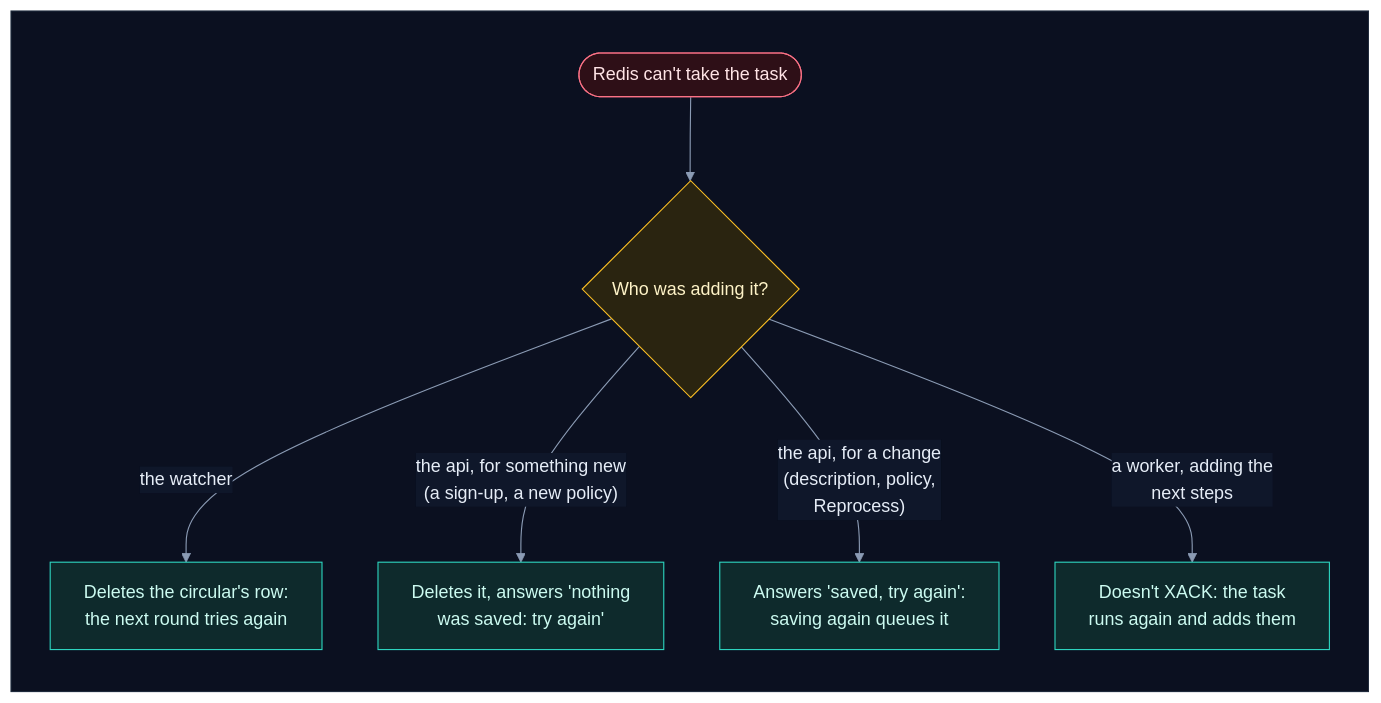
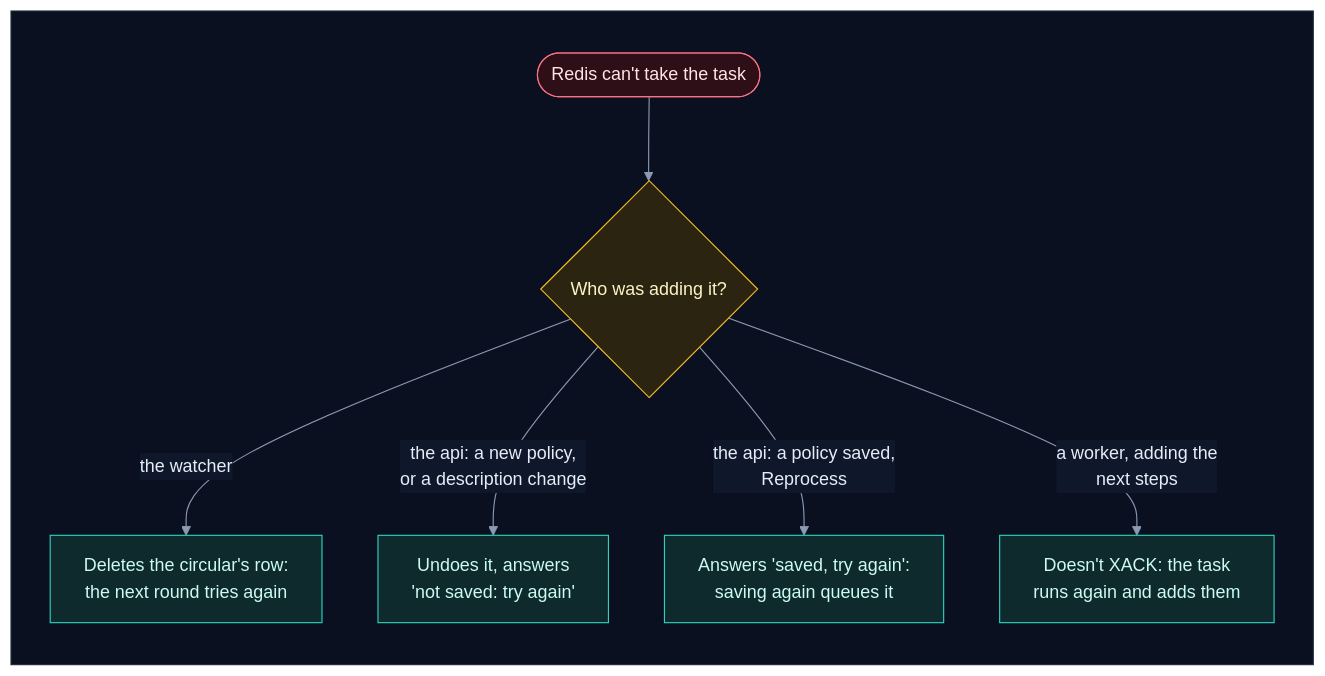
One commit to selvakumarperumal/Regulatory_Circular_Impact_Agent changed the tenth of 19 diagrams in how_the_worker_works.md. Above: the diagram before and after it, drawn with Mermaid. The commit also changed other lines of this file and 4 other files, not shown here.

First line of the commit message:
Document that only a description or policy change queues work

````diff
--- a/how_the_worker_works.md
+++ b/how_the_worker_works.md
@@ -675,26 +676,26 @@
 ```mermaid
 %%{init: {"theme": "base", "flowchart": {"diagramPadding": 0}, "themeVariables": {"darkMode": true, "primaryColor": "#16213a", "primaryTextColor": "#e6edf7", "primaryBorderColor": "#475a7a", "lineColor": "#8b9bb4", "secondaryColor": "#1b2436", "tertiaryColor": "#101a2e", "edgeLabelBackground": "#0f172a", "textColor": "#e2e8f0", "clusterBkg": "#0f1728", "clusterBorder": "#2b3a55", "titleColor": "#c4b5fd", "nodeTextColor": "#e6edf7"}}}%%
 flowchart TD
     subgraph canvas[" "]
         direction TB
         e(["Redis can't take the task"]) --> who{"Who was adding it?"}
         who -->|"the watcher"| wa["Deletes the circular's row:<br/>the next round tries again"]
-        who -->|"the api, for something new<br/>(a sign-up, a new policy)"| ac["Deletes it, answers 'nothing<br/>was saved: try again'"]
-        who -->|"the api, for a change<br/>(description, policy,<br/>Reprocess)"| ae["Answers 'saved, try again':<br/>saving again queues it"]
+        who -->|"the api: a new policy,<br/>or a description change"| ac["Undoes it, answers<br/>'not saved: try again'"]
+        who -->|"the api: a policy saved,<br/>Reprocess"| ae["Answers 'saved, try again':<br/>saving again queues it"]
         who -->|"a worker, adding the<br/>next steps"| wo["Doesn't XACK: the task<br/>runs again and adds them"]
     end
     classDef svc fill:#0e2a2c,stroke:#2dd4bf,color:#ccfbf1
     classDef data fill:#1c1a47,stroke:#818cf8,color:#e0e7ff
     classDef ext fill:#2a1640,stroke:#c084fc,color:#f3e8ff
     classDef gpu fill:#2d1b0c,stroke:#fb923c,color:#ffedd5
     classDef ask fill:#2a2410,stroke:#fbbf24,color:#fef3c7
     classDef ok fill:#0b2a1c,stroke:#34d399,color:#d1fae5
     classDef bad fill:#2e0f17,stroke:#fb7185,color:#ffe4e6
     classDef start fill:#1c2a0e,stroke:#a7ef6f,color:#ecfccb
     classDef muted fill:#1a2130,stroke:#64748b,color:#cbd5e1
     classDef queue fill:#0c2231,stroke:#38bdf8,color:#e0f2fe
     class e bad
     class who ask
     class wa,ac,ae,wo svc
     style canvas fill:#0b1020,stroke:#1e293b,color:#0b1020
 ```
````
